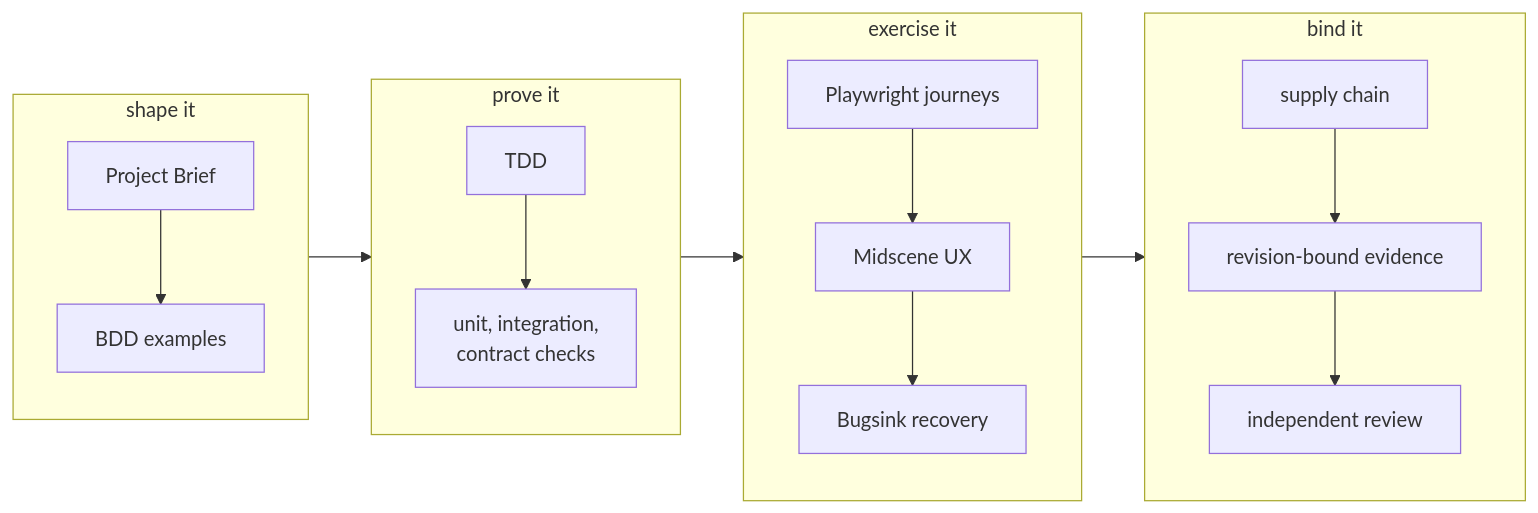
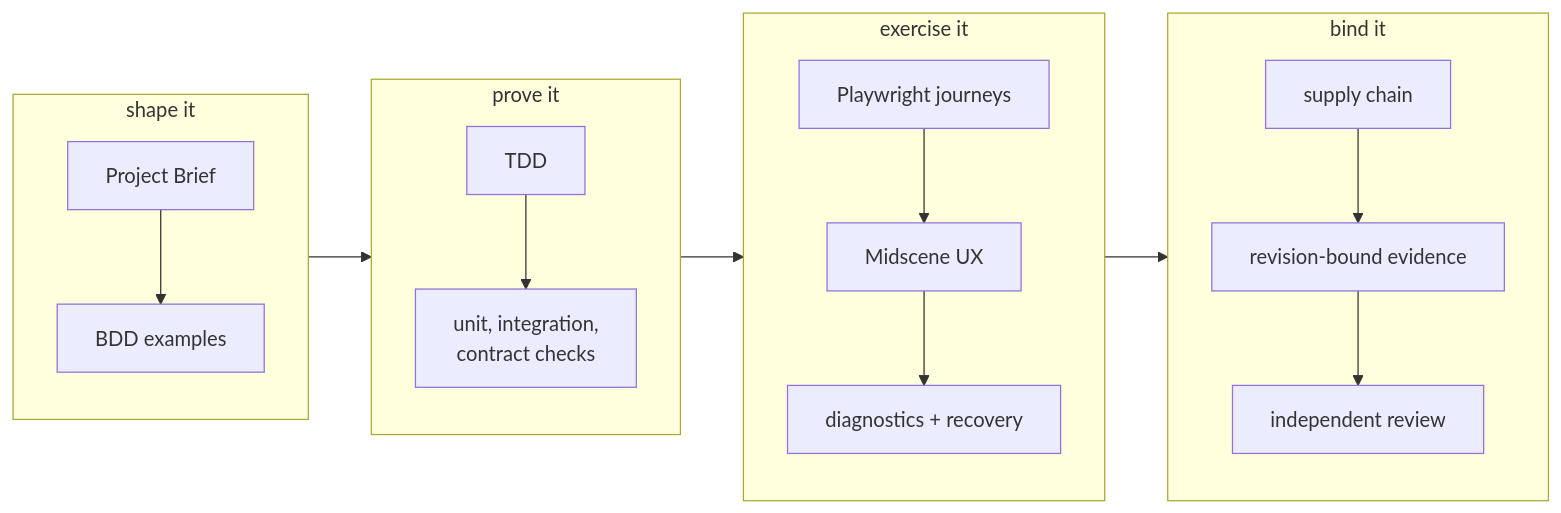
Before and after one commit to jamesdwilson/james-opinionated-llm-development-framework: the first of 7 diagrams in README.md, drawn with Mermaid. The commit also changed other lines of this file and 16 other files, not shown here.

````diff
--- a/README.md
+++ b/README.md
@@ -9,16 +53,16 @@
 ```mermaid
 flowchart LR
     subgraph SHAPE["shape it"]
         B["Project Brief"] --> D["BDD examples"]
     end
     subgraph PROVE["prove it"]
         T["TDD"] --> U["unit, integration,<br/>contract checks"]
     end
     subgraph FEEL["exercise it"]
-        P["Playwright journeys"] --> M["Midscene UX"] --> X["Bugsink recovery"]
+        P["Playwright journeys"] --> M["Midscene UX"] --> X["diagnostics + recovery"]
     end
     subgraph BIND["bind it"]
         S["supply chain"] --> E["revision-bound evidence"] --> R["independent review"]
     end
     SHAPE --> PROVE --> FEEL --> BIND
 ```
````
